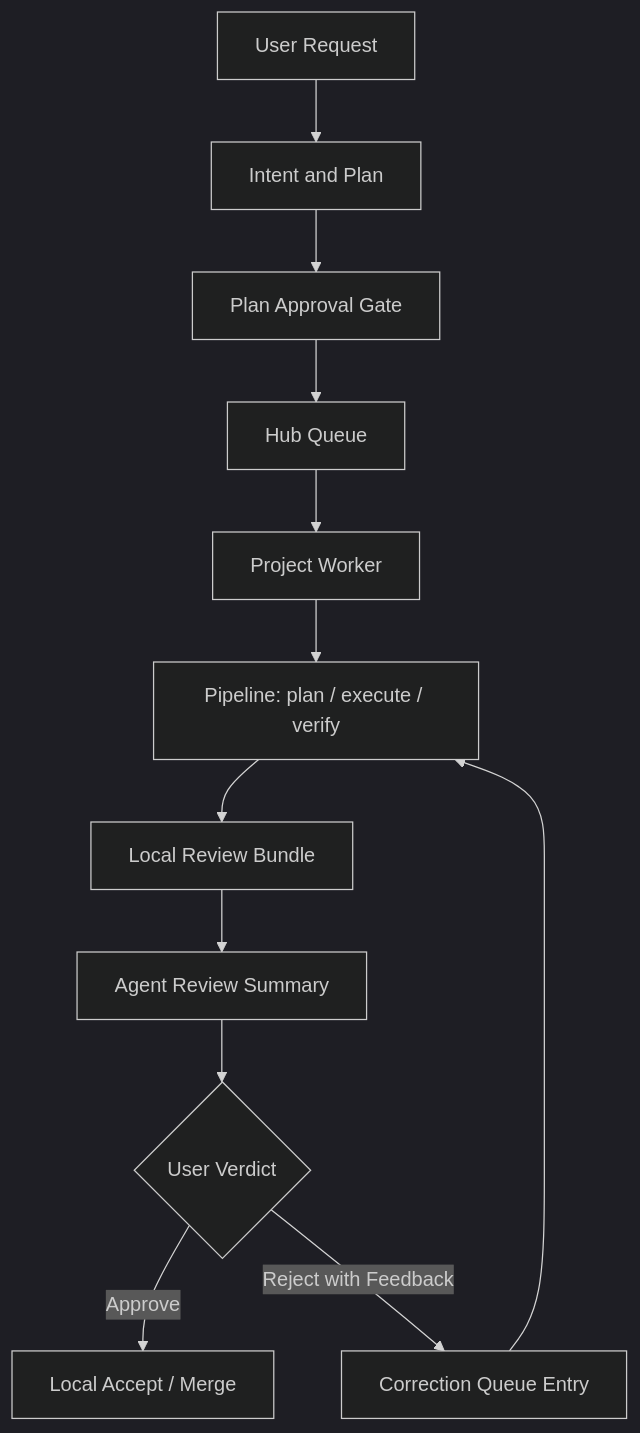
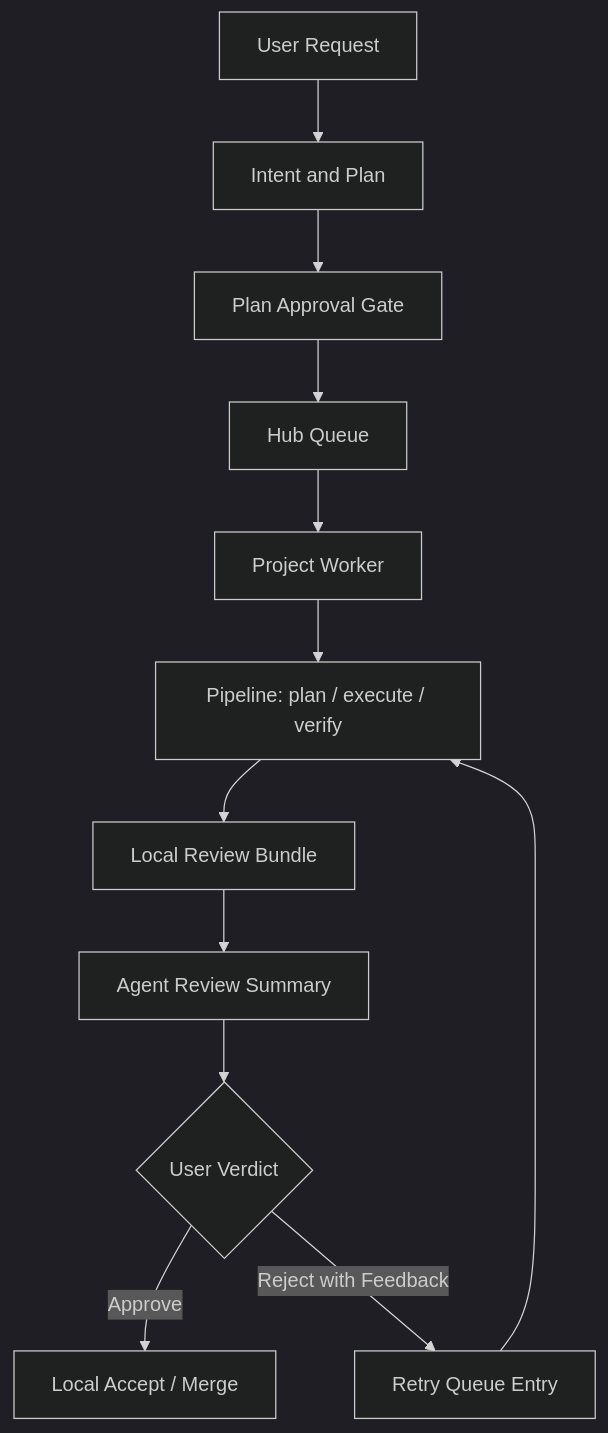
One commit to changw98ic/codepatchbay changed the diagram in docs/product/cpb-closed-loop-mvp-plan.md. Above: the diagram before and after it, drawn with Mermaid (dark theme). The commit also changed other lines of this file and 15 other files, not shown here.

````diff
--- a/docs/product/cpb-closed-loop-mvp-plan.md
+++ b/docs/product/cpb-closed-loop-mvp-plan.md
@@ -50,14 +50,14 @@
 ```mermaid
 flowchart TD
   A["User Request"] --> B["Intent and Plan"]
   B --> C["Plan Approval Gate"]
   C --> D["Hub Queue"]
   D --> E["Project Worker"]
   E --> F["Pipeline: plan / execute / verify"]
   F --> G["Local Review Bundle"]
   G --> H["Agent Review Summary"]
   H --> I{"User Verdict"}
   I -->|Approve| J["Local Accept / Merge"]
-  I -->|Reject with Feedback| K["Correction Queue Entry"]
+  I -->|Reject with Feedback| K["Retry Queue Entry"]
   K --> F
 ```
````
